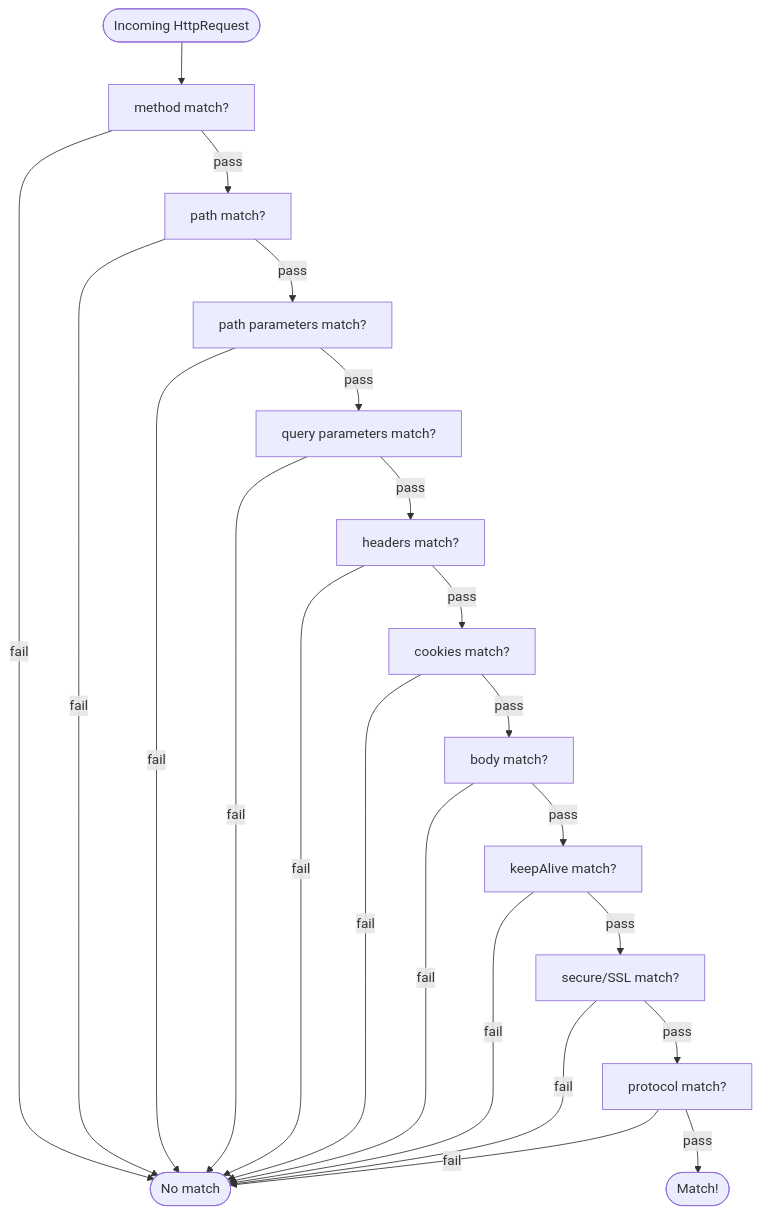
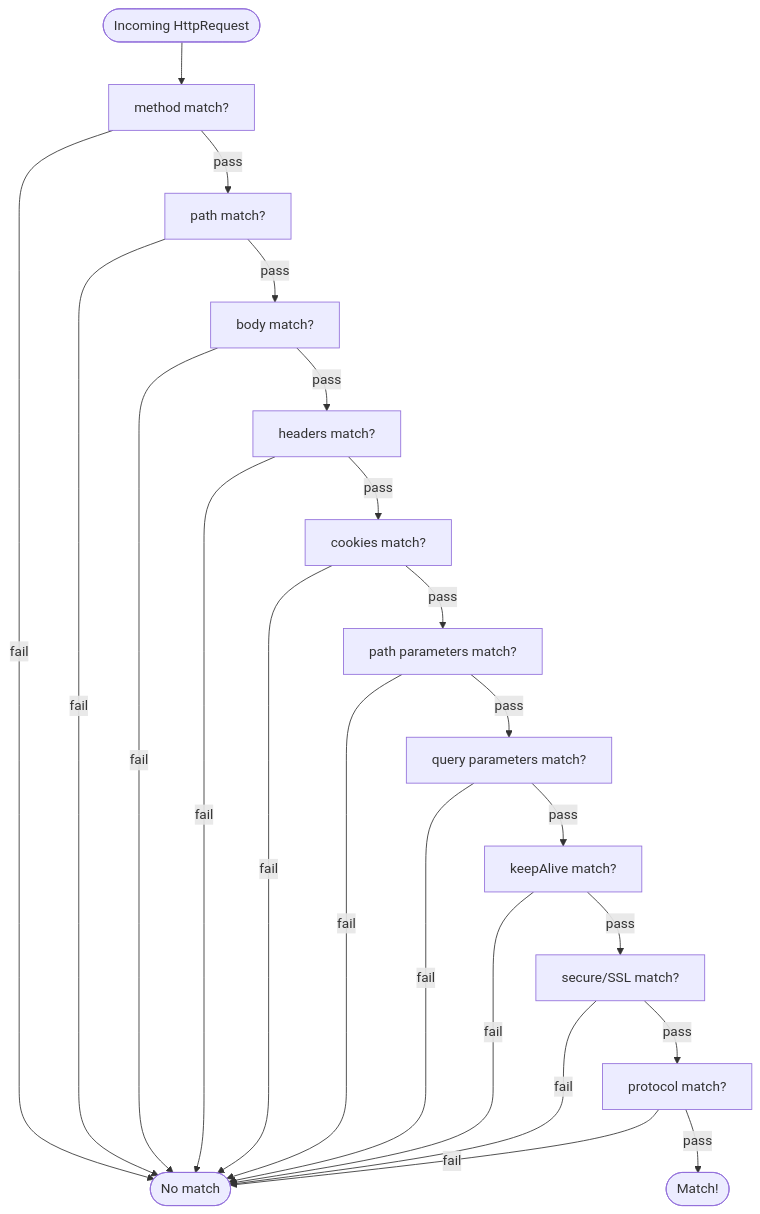
One commit to sean8601/mockserver-monorepo changed the fifth of 8 diagrams in docs/code/domain-model.md. Above: the diagram before and after it, drawn with Mermaid. The commit also changed other lines of this file and 42 other files, not shown here.

````diff
--- a/docs/code/domain-model.md
+++ b/docs/code/domain-model.md
@@ -686,24 +686,24 @@
 ```mermaid
 flowchart TD
     REQ([Incoming HttpRequest]) --> M[method match?]
     M -->|fail| FAIL([No match])
     M -->|pass| P[path match?]
     P -->|fail| FAIL
-    P -->|pass| PP[path parameters match?]
+    P -->|pass| B[body match?]
+    B -->|fail| FAIL
+    B -->|pass| H[headers match?]
+    H -->|fail| FAIL
+    H -->|pass| C[cookies match?]
+    C -->|fail| FAIL
+    C -->|pass| PP[path parameters match?]
     PP -->|fail| FAIL
     PP -->|pass| QP[query parameters match?]
     QP -->|fail| FAIL
-    QP -->|pass| H[headers match?]
-    H -->|fail| FAIL
-    H -->|pass| C[cookies match?]
-    C -->|fail| FAIL
-    C -->|pass| B[body match?]
-    B -->|fail| FAIL
-    B -->|pass| KA[keepAlive match?]
+    QP -->|pass| KA[keepAlive match?]
     KA -->|fail| FAIL
     KA -->|pass| S[secure/SSL match?]
     S -->|fail| FAIL
     S -->|pass| PR[protocol match?]
     PR -->|fail| FAIL
     PR -->|pass| MATCH([Match!])
 ```
````
